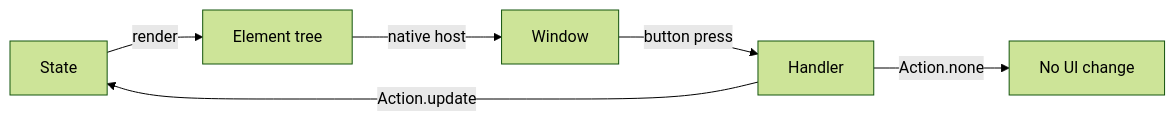
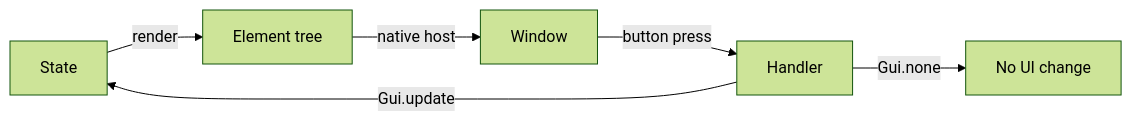
The diagram in docs/overview.adoc (lukewilliamboswell/roc-gui), drawn with Mermaid (forest theme) before and after one commit. The commit also changed 103 other files, not shown here.

```diff
--- a/docs/overview.adoc
+++ b/docs/overview.adoc
@@ -15,9 +15,9 @@
 [mermaid]
 ....
 flowchart LR
     S[State] -->|render| U[Element tree]
     U -->|native host| W[Window]
     W -->|button press| H[Handler]
-    H -->|Action.update| S
-    H -->|Action.none| N[No UI change]
+    H -->|Gui.update| S
+    H -->|Gui.none| N[No UI change]
 ....
```
